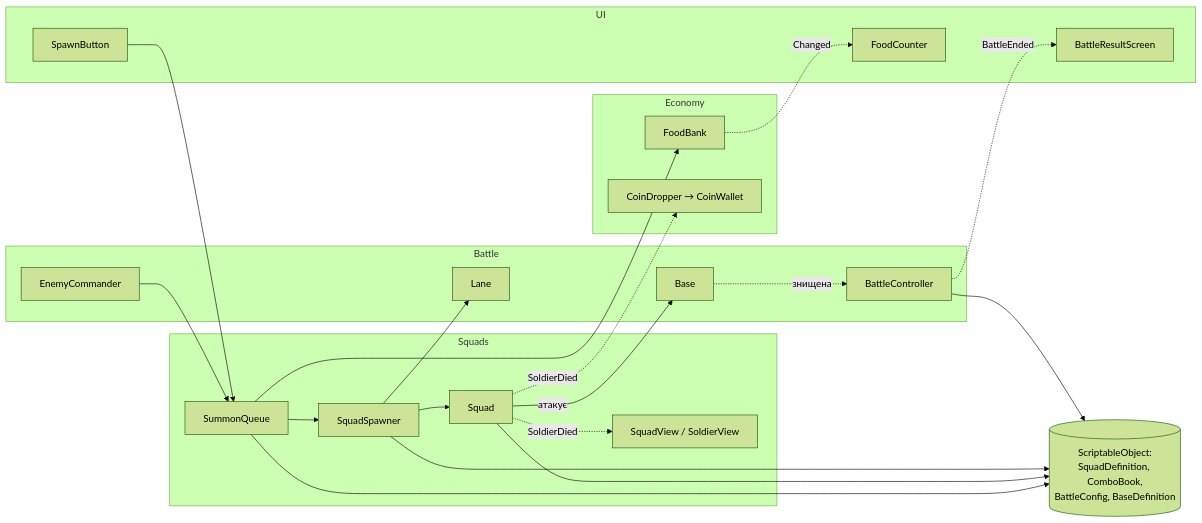
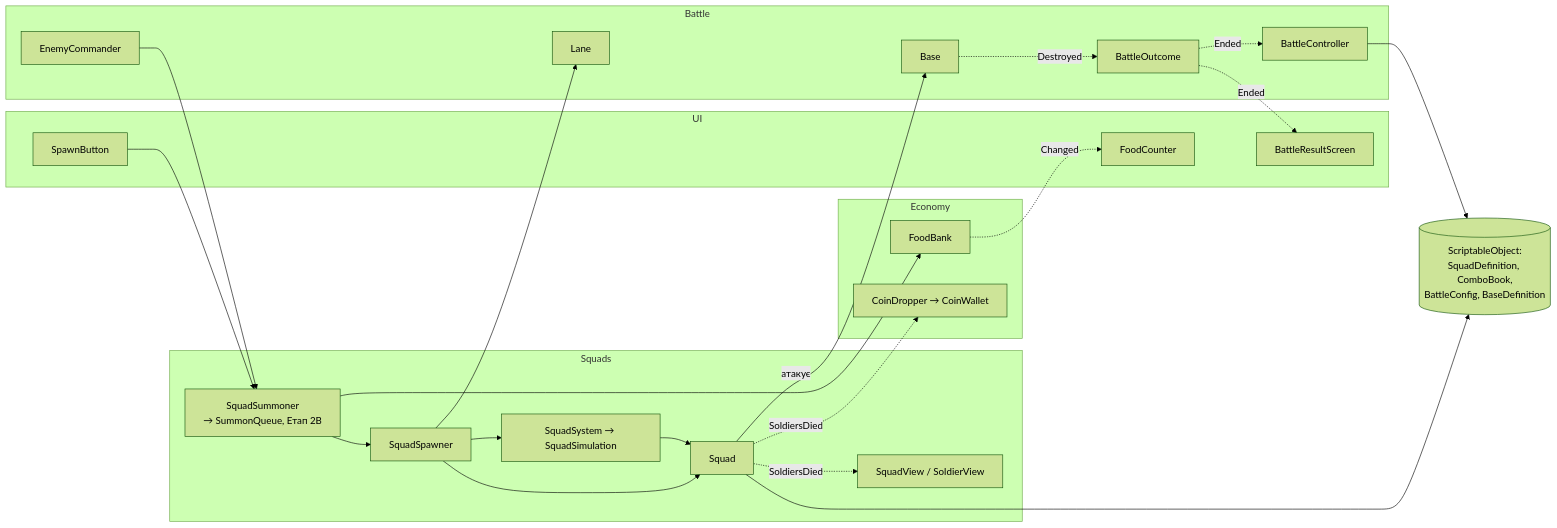
One commit to vldshpn-rgb/TugOfWar2 changed the diagram in Docs/Architecture.md. Above: the diagram before and after it, drawn with Mermaid (forest theme). The commit also changed other lines of this file and 2 other files, not shown here.

Commit message:
Docs: split Stage 2 into 2A/2B/2C with playtests (D-016), coins to Stage 3, Architecture diagram matches code
Claude-Session: https://claude.ai/code/session_01VZD6gRe5Qo41cf2u8EB8ha

````diff
--- a/Docs/Architecture.md
+++ b/Docs/Architecture.md
@@ -171,42 +171,45 @@
 ```mermaid
 flowchart LR
   subgraph UI
     SpawnButton
     FoodCounter
     ResultScreen[BattleResultScreen]
   end
   subgraph Battle
     BC[BattleController]
+    Outcome[BattleOutcome]
     Lane
     Base
     AI[EnemyCommander]
   end
   subgraph Squads
-    Queue[SummonQueue]
+    Summoner[SquadSummoner<br/>→ SummonQueue, Етап 2B]
     Spawner[SquadSpawner]
+    Sim[SquadSystem → SquadSimulation]
     Squad
     View[SquadView / SoldierView]
   end
   subgraph Economy
     Food[FoodBank]
     Coins[CoinDropper → CoinWallet]
   end
   Data[(ScriptableObject:<br/>SquadDefinition, ComboBook,<br/>BattleConfig, BaseDefinition)]
 
-  SpawnButton --> Queue
-  AI --> Queue
-  Queue --> Food
-  Queue --> Spawner
-  Queue --> Data
+  SpawnButton --> Summoner
+  AI --> Summoner
+  Summoner --> Food
+  Summoner --> Spawner
   Spawner --> Lane
   Spawner --> Squad
+  Spawner --> Sim
+  Sim --> Squad
   Squad --> Data
-  Spawner --> Data
   BC --> Data
-  Squad -. SoldierDied .-> View
-  Squad -. SoldierDied .-> Coins
+  Squad -. SoldiersDied .-> View
+  Squad -. SoldiersDied .-> Coins
   Squad -->|атакує| Base
   Food -. Changed .-> FoodCounter
-  BC -. BattleEnded .-> ResultScreen
-  Base -. знищена .-> BC
+  Base -. Destroyed .-> Outcome
+  Outcome -. Ended .-> ResultScreen
+  Outcome -. Ended .-> BC
 ```
````
